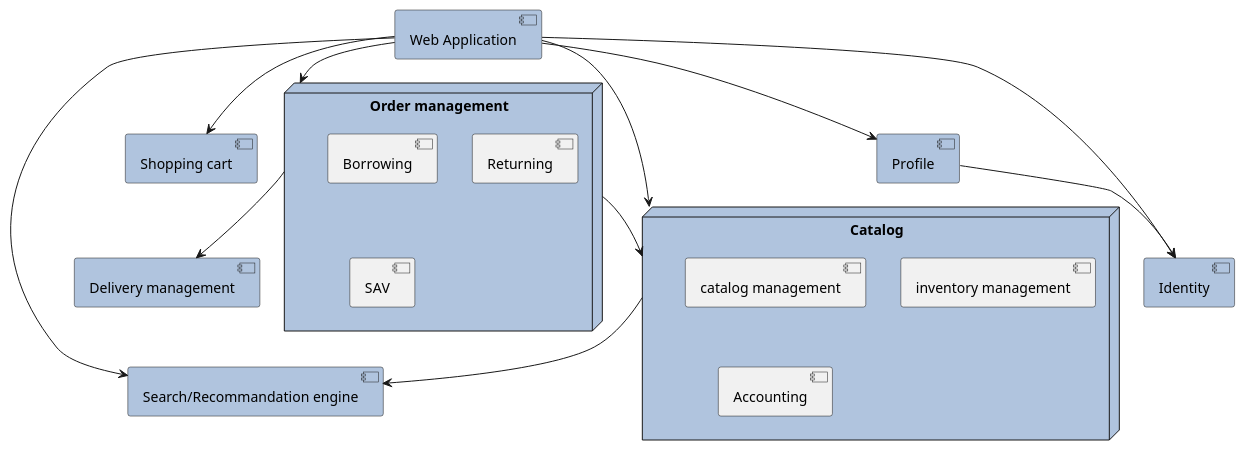
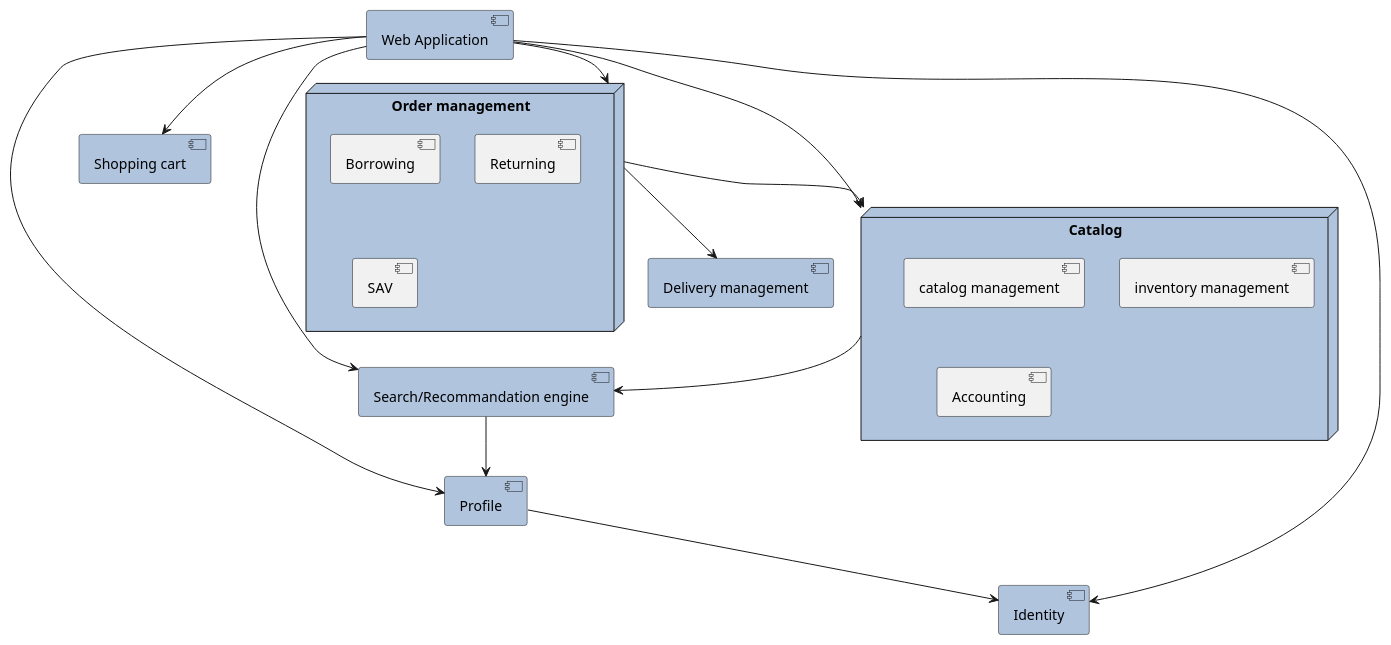
The diagram in microservice.puml (movies-albrains/.github), drawn with PlantUML before and after one commit.

Commit message:
update microservice archi

```diff
--- a/microservice.puml
+++ b/microservice.puml
@@ -1,38 +1,39 @@
 @startuml
 
 component "Web Application" #LightSteelBlue
 
 component "Search/Recommandation engine" #LightSteelBlue
 
 node "Order management" #LightSteelBlue {
     [Borrowing]
     [Returning]
     [SAV]
 }
 
 component "Shopping cart" #LightSteelBlue
 
 component "Delivery management" #LightSteelBlue
 
 node "Catalog" #LightSteelBlue {
     [catalog management]
     [inventory management]
     [Accounting]
 }
 
 component "Profile" #LightSteelBlue
 
 component "Identity" #LightSteelBlue
 
 "Web Application" --> Catalog
 "Web Application" --> Profile
 "Web Application" --> Identity
 "Web Application" --> "Search/Recommandation engine"
 "Web Application" --> "Shopping cart"
 "Web Application" --> "Order management"
 Catalog --> "Search/Recommandation engine"
+"Search/Recommandation engine" --> Profile
 "Order management" --> Catalog
 "Order management" --> "Delivery management"
 Profile --> Identity
 
 @enduml
```
